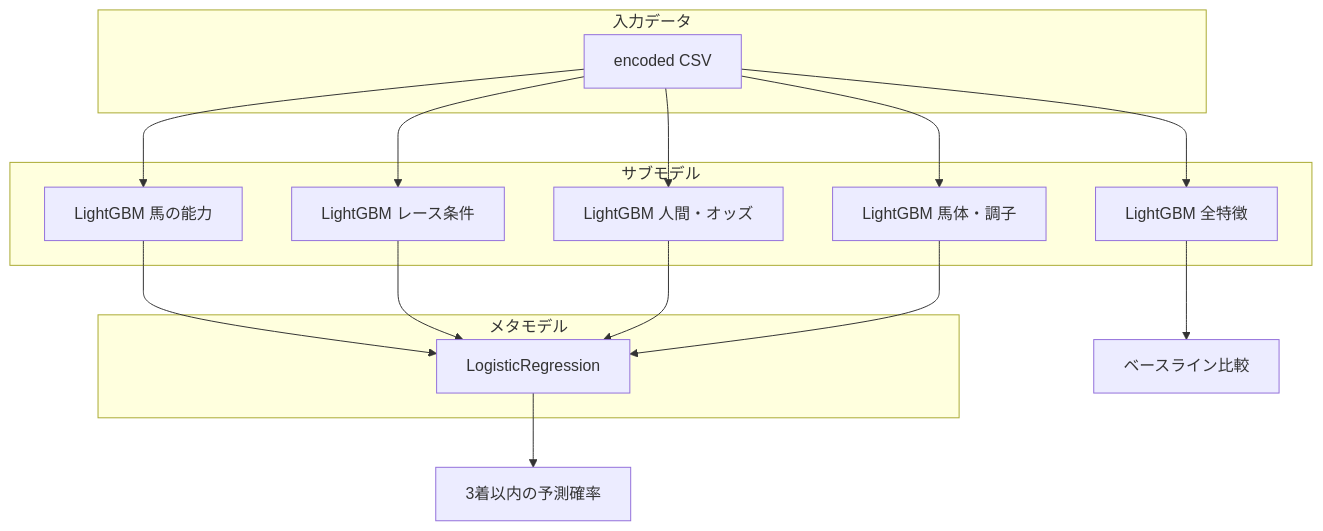
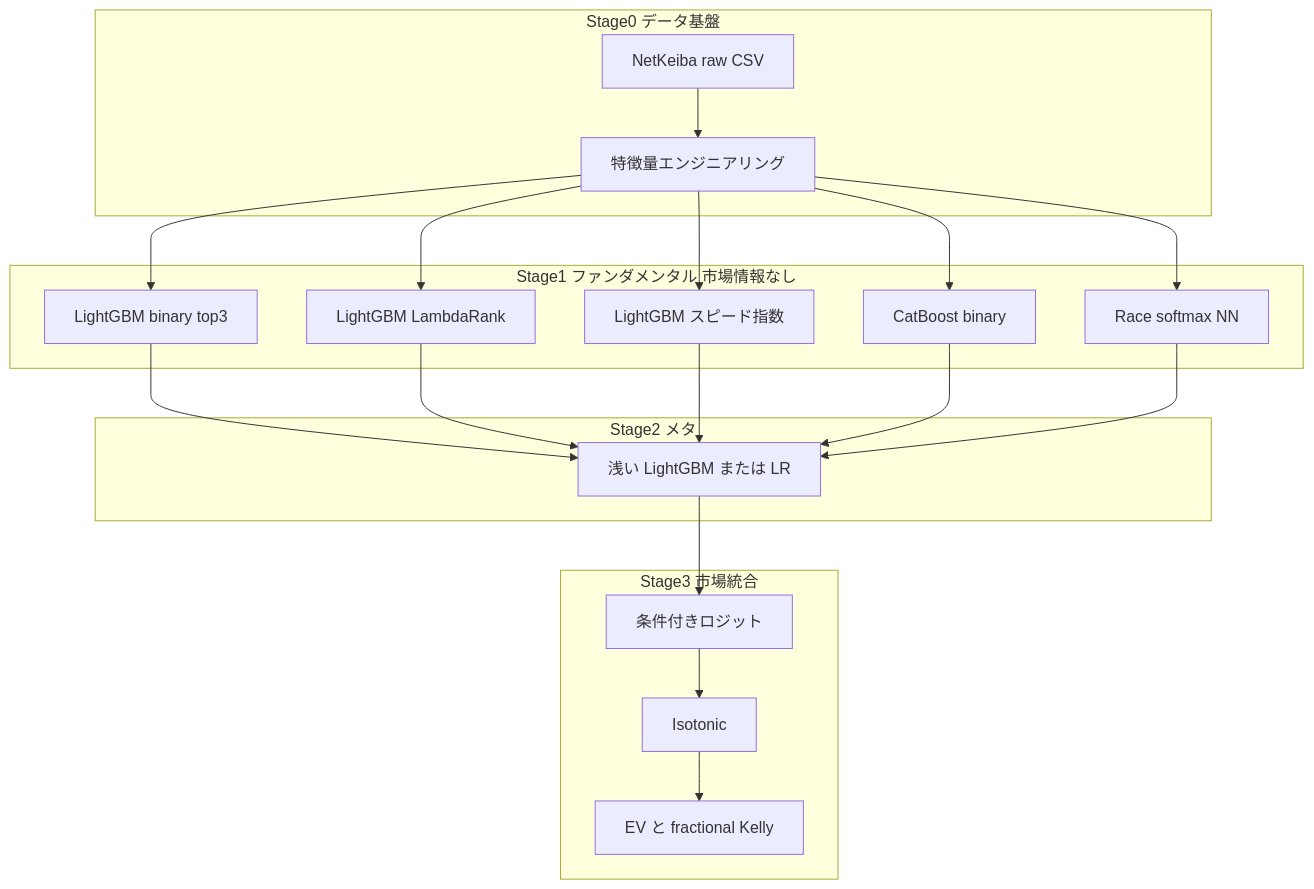
The diagram in README.md (yattinda/keiba-predict), drawn with Mermaid before and after one commit. The commit also changed other lines of this file, not shown here.

````diff
--- a/README.md
+++ b/README.md
@@ -19,23 +21,30 @@
 ```mermaid
 flowchart TB
-    subgraph input [入力データ]
-        D[encoded CSV]
+    subgraph s0 [Stage0 データ基盤]
+        RAW[NetKeiba raw CSV]
+        FE[特徴量エンジニアリング]
+        RAW --> FE
     end
 
-    subgraph submodels [サブモデル]
-        HA[LightGBM 馬の能力]
-        RC[LightGBM レース条件]
-        HB[LightGBM 人間・オッズ]
-        HC[LightGBM 馬体・調子]
-        FULL[LightGBM 全特徴]
+    subgraph s1 [Stage1 ファンダメンタル 市場情報なし]
+        A[LightGBM binary top3]
+        B[LightGBM LambdaRank]
+        C[LightGBM スピード指数]
+        D[CatBoost binary]
+        E[Race softmax NN]
     end
 
-    subgraph meta [メタモデル]
-        M[LogisticRegression]
+    subgraph s2 [Stage2 メタ]
+        M[浅い LightGBM または LR]
     end
 
-    D --> HA & RC & HB & HC & FULL
-    HA & RC & HB & HC --> M
-    M --> P[3着以内の予測確率]
-    FULL --> B[ベースライン比較]
+    subgraph s3 [Stage3 市場統合]
+        CL[条件付きロジット]
+        CAL[Isotonic]
+        BET[EV と fractional Kelly]
+    end
+
+    FE --> A & B & C & D & E
+    A & B & C & D & E --> M
+    M --> CL --> CAL --> BET
 ```
````
